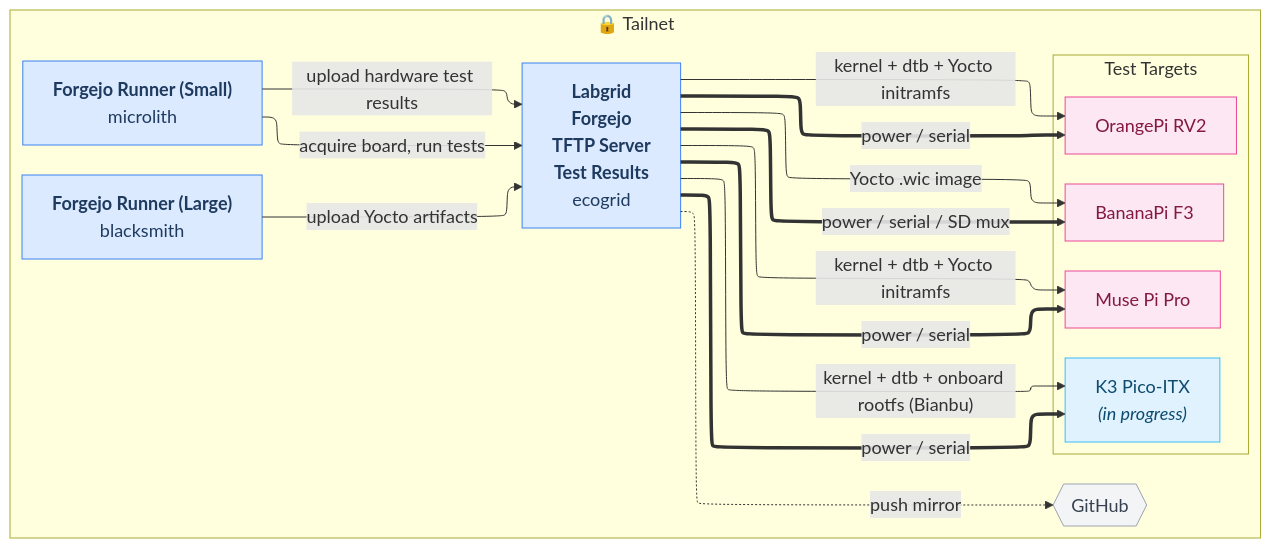
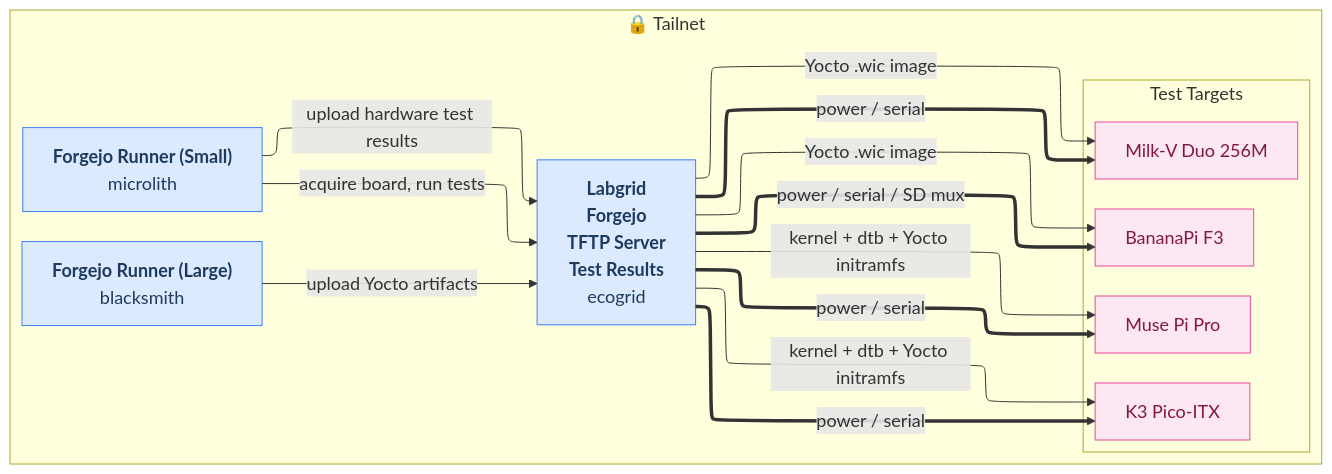
The diagram in docs/network.mmd (threexc/boardgarden), drawn with Mermaid before and after one commit. The commit also changed 3 other files, not shown here.

Commit message:
docs: add milk-duo 256m, remove orangepi-rv2, update details

```diff
--- a/docs/network.mmd
+++ b/docs/network.mmd
@@ -1,41 +1,35 @@
 %%{init: {"theme": "default", "flowchart": {"htmlLabels": true, "nodeSpacing": 30, "rankSpacing": 60, "defaultRenderer": "elk"}, "themeVariables": {"fontSize": "18px", "fontFamily": "Liberation Sans"}} }%%
 flowchart LR
   subgraph tailnet["🔒 Tailnet"]
     ecogrid["<b>Labgrid</b><br/><b>Forgejo</b><br/><b>TFTP Server</b><br/><b>Test Results</b><br/>ecogrid"]
     runner1["<b>Forgejo Runner (Large)</b><br/>blacksmith"]
     runner2["<b>Forgejo Runner (Small)</b><br/>microlith"]
-    github{{"GitHub"}}
     subgraph boards["Test Targets"]
       direction TB
       board_1["BananaPi F3"]
       board_2["Muse Pi Pro"]
-      board_3["OrangePi RV2"]
-      board_4["K3 Pico-ITX<br/><i>(in progress)</i>"]
+      board_3["Milk-V Duo 256M"]
+      board_4["K3 Pico-ITX"]
     end
   end
 
   %% ── Hosted-on relationships ──
 
   %% ── Links ──
   ecogrid ==>|"power / serial / SD mux"| board_1
   ecogrid ==>|"power / serial"| board_2
   ecogrid ==>|"power / serial"| board_3
   ecogrid ==>|"power / serial"| board_4
-  ecogrid -..->|"push mirror"| github
   runner1 -->|"upload Yocto artifacts"| ecogrid
   runner2 -->|"acquire board, run tests"| ecogrid
   runner2 -->|"upload hardware test results"| ecogrid
   ecogrid -->|"Yocto .wic image"| board_1
   ecogrid -->|"kernel + dtb + Yocto initramfs"| board_2
-  ecogrid -->|"kernel + dtb + Yocto initramfs"| board_3
-  ecogrid -->|"kernel + dtb + onboard rootfs (Bianbu)"| board_4
+  ecogrid -->|"Yocto .wic image"| board_3
+  ecogrid -->|"kernel + dtb + Yocto initramfs"| board_4
 
   %% ── Styles ──
   classDef machine fill:#dbeafe,stroke:#3b82f6,color:#1e3a5f
   class ecogrid,runner1,runner2 machine
-  classDef external fill:#f3f4f6,stroke:#9ca3af,color:#374151
-  class github external
   classDef board fill:#fce7f3,stroke:#ec4899,color:#831843
-  class board_1,board_2,board_3 board
-  classDef board_in_progress fill:#e0f2fe,stroke:#38bdf8,color:#0c4a6e
-  class board_4 board_in_progress
+  class board_1,board_2,board_3,board_4 board
```
